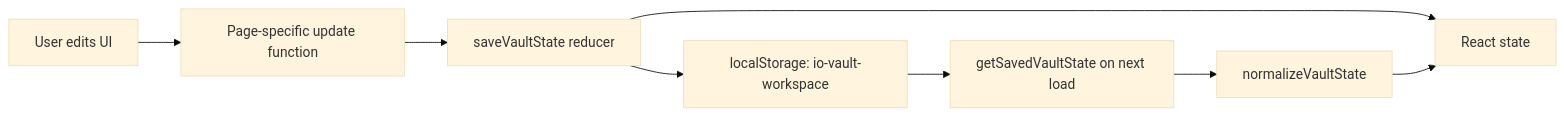
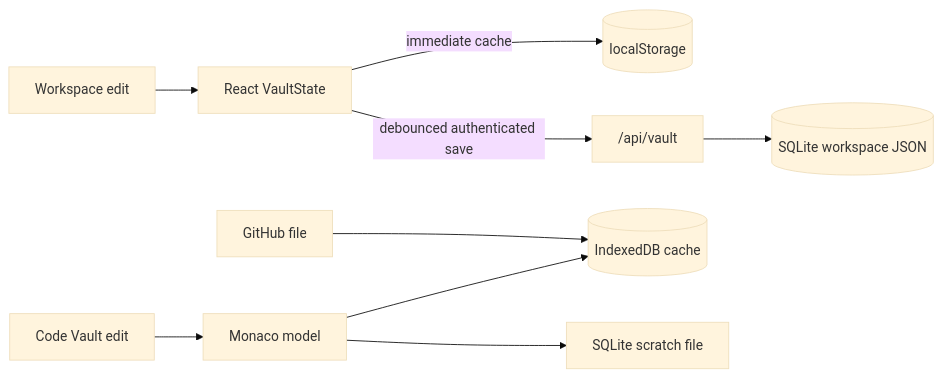
One commit to Akiirolabs/IOVault changed the second of 3 diagrams in docs/diagrams.md. Above: the diagram before and after it, drawn with Mermaid (base theme). The commit also changed other lines of this file and 27 other files, not shown here.

````diff
--- a/docs/diagrams.md
+++ b/docs/diagrams.md
@@ -25,10 +22,11 @@
 ```mermaid
 flowchart LR
-  A["User edits UI"] --> B["Page-specific update function"]
-  B --> C["saveVaultState reducer"]
-  C --> D["React state"]
-  C --> E["localStorage: io-vault-workspace"]
-  E --> F["getSavedVaultState on next load"]
-  F --> G["normalizeVaultState"]
-  G --> D
+  Edit["Workspace edit"] --> State["React VaultState"]
+  State -->|"immediate cache"| Local[("localStorage")]
+  State -->|"debounced authenticated save"| API["/api/vault"]
+  API --> SQL[("SQLite workspace JSON")]
+  CodeEdit["Code Vault edit"] --> Monaco["Monaco model"]
+  Monaco --> IDB[("IndexedDB cache")]
+  Monaco --> Scratch["SQLite scratch file"]
+  Repo["GitHub file"] --> IDB
 ```
````
